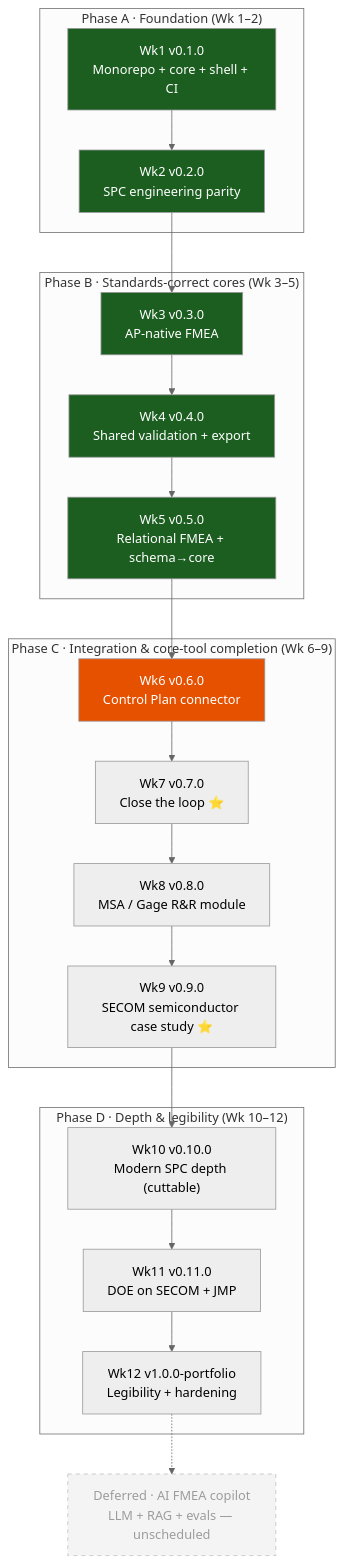
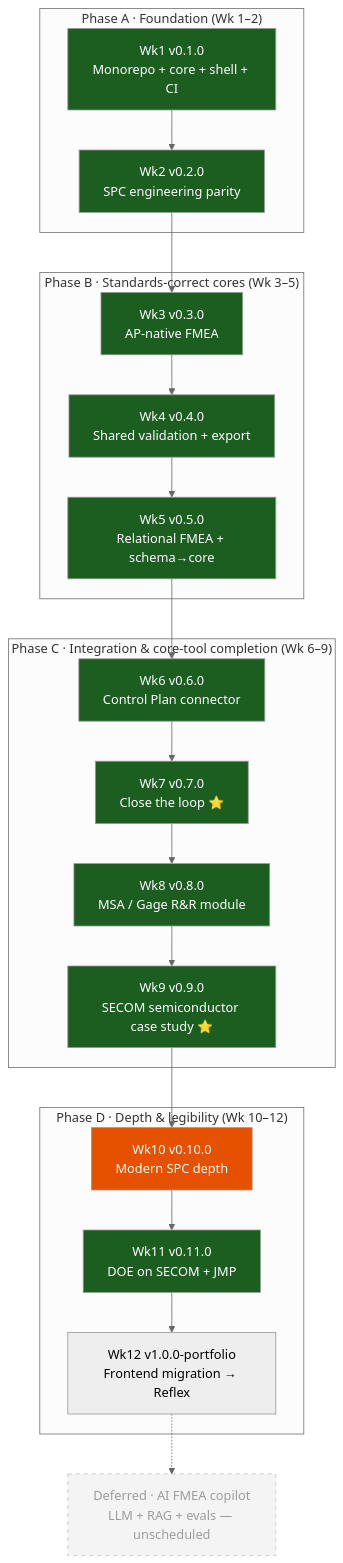
One commit to Siddardth7/quality-platform changed the third of 3 diagrams in ROADMAP.md. Above: the diagram before and after it, drawn with Mermaid (neutral theme). The commit also changed other lines of this file, not shown here.

First line of the commit message:
docs(roadmap): replan Phase D — full Week 10 SPC depth + Week 12 = Reflex migration

````diff
--- a/ROADMAP.md
+++ b/ROADMAP.md
@@ -147,32 +147,32 @@
 ```mermaid
 flowchart TB
     subgraph PA["Phase A · Foundation (Wk 1–2)"]
         W1["Wk1 v0.1.0<br/>Monorepo + core + shell + CI"]
         W2["Wk2 v0.2.0<br/>SPC engineering parity"]
     end
     subgraph PB["Phase B · Standards-correct cores (Wk 3–5)"]
         W3["Wk3 v0.3.0<br/>AP-native FMEA"]
         W4["Wk4 v0.4.0<br/>Shared validation + export"]
         W5["Wk5 v0.5.0<br/>Relational FMEA + schema→core"]
     end
     subgraph PC["Phase C · Integration & core-tool completion (Wk 6–9)"]
         W6["Wk6 v0.6.0<br/>Control Plan connector"]
         W7["Wk7 v0.7.0<br/>Close the loop ⭐"]
         W8["Wk8 v0.8.0<br/>MSA / Gage R&R module"]
         W9["Wk9 v0.9.0<br/>SECOM semiconductor case study ⭐"]
     end
     subgraph PD["Phase D · Depth & legibility (Wk 10–12)"]
-        W10["Wk10 v0.10.0<br/>Modern SPC depth (cuttable)"]
+        W10["Wk10 v0.10.0<br/>Modern SPC depth"]
         W11["Wk11 v0.11.0<br/>DOE on SECOM + JMP"]
-        W12["Wk12 v1.0.0-portfolio<br/>Legibility + hardening"]
+        W12["Wk12 v1.0.0-portfolio<br/>Frontend migration → Reflex"]
     end
     DEF["Deferred · AI FMEA copilot<br/>LLM + RAG + evals — unscheduled"]:::deferred
     W1-->W2-->W3-->W4-->W5-->W6-->W7-->W8-->W9-->W10-->W11-->W12
     W12 -.-> DEF
 
     classDef done fill:#1b5e20,color:#fff;
     classDef active fill:#e65100,color:#fff;
     classDef deferred stroke-dasharray: 5 5,opacity:0.6;
-    class W1,W2,W3,W4,W5 done;
-    class W6 active;
+    class W1,W2,W3,W4,W5,W6,W7,W8,W9,W11 done;
+    class W10 active;
 ```
````
